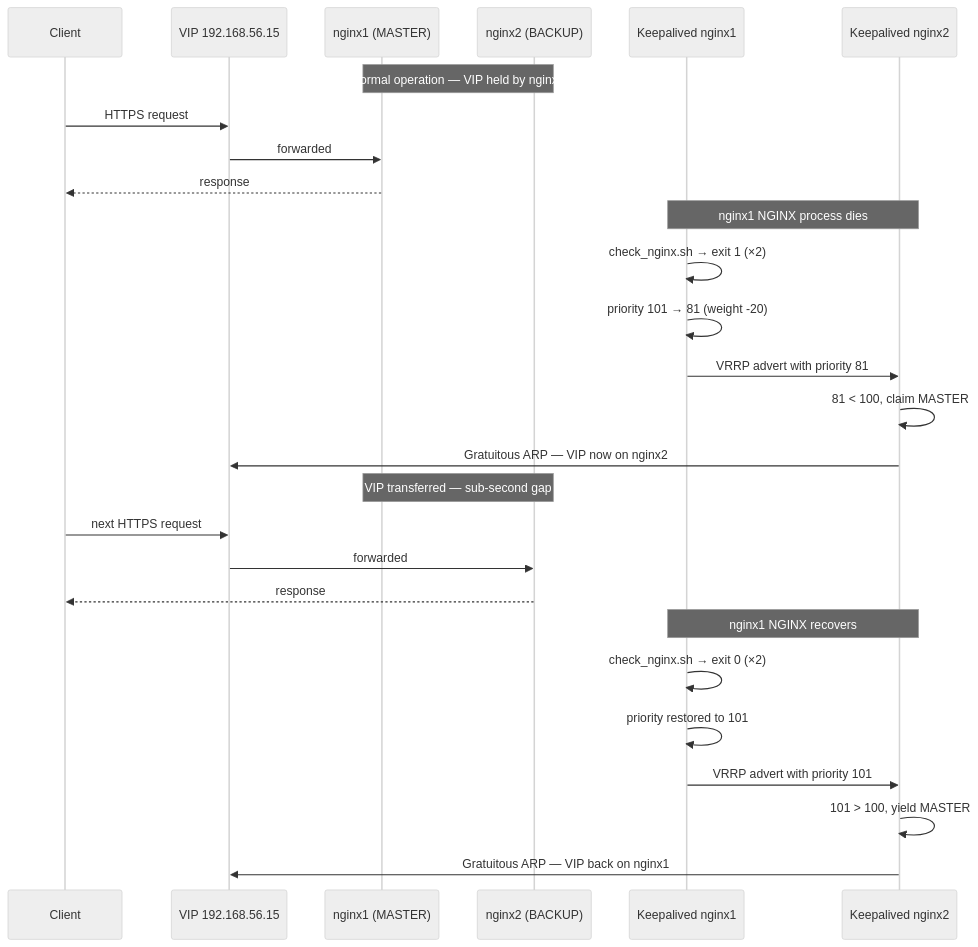
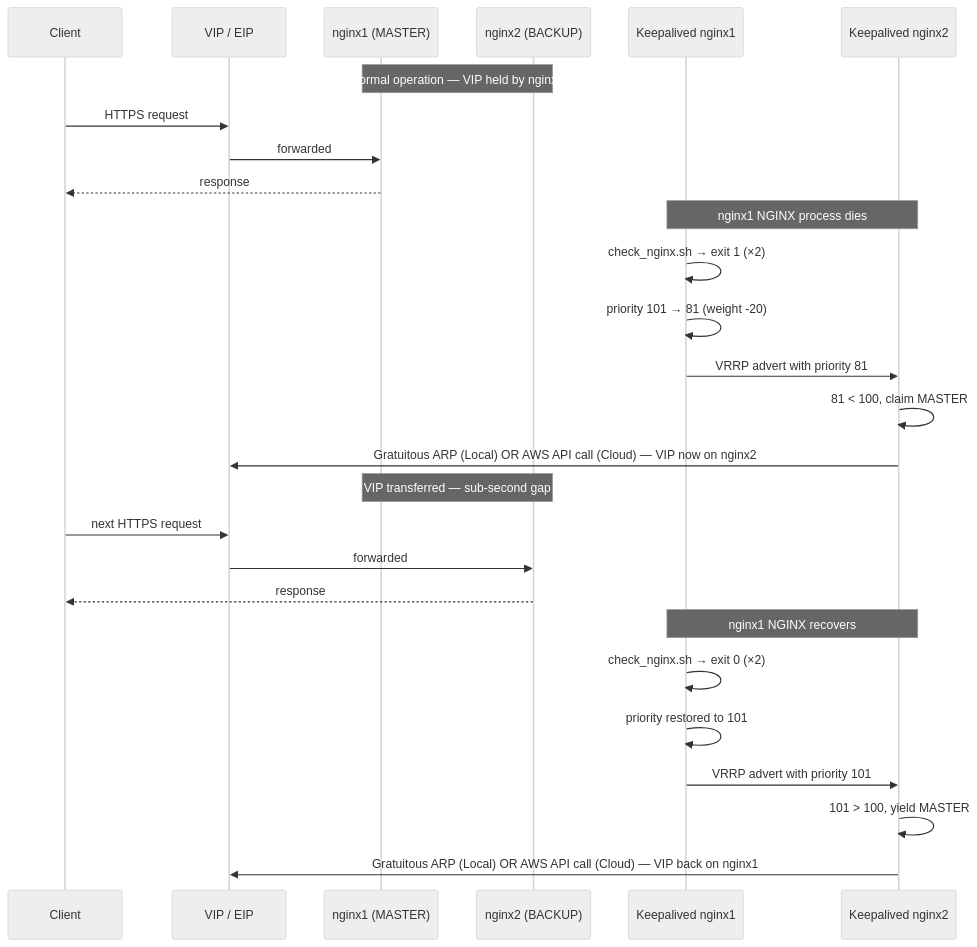
One commit to kofta999/nginx-ha changed the second of 4 diagrams in README.md. Above: the diagram before and after it, drawn with Mermaid (neutral theme). The commit also changed other lines of this file and 11 other files, not shown here.

````diff
--- a/README.md
+++ b/README.md
@@ -50,33 +93,33 @@
 ```mermaid
 sequenceDiagram
     participant C as Client
-    participant VIP as VIP 192.168.56.15
+    participant VIP as VIP / EIP
     participant N1 as nginx1 (MASTER)
     participant N2 as nginx2 (BACKUP)
     participant KA1 as Keepalived nginx1
     participant KA2 as Keepalived nginx2
 
     Note over N1,N2: Normal operation — VIP held by nginx1
     C->>VIP: HTTPS request
     VIP->>N1: forwarded
     N1-->>C: response
 
     Note over KA1,KA2: nginx1 NGINX process dies
     KA1->>KA1: check_nginx.sh → exit 1 (×2)
     KA1->>KA1: priority 101 → 81 (weight -20)
     KA1->>KA2: VRRP advert with priority 81
     KA2->>KA2: 81 < 100, claim MASTER
-    KA2->>VIP: Gratuitous ARP — VIP now on nginx2
+    KA2->>VIP: Gratuitous ARP (Local) OR AWS API call (Cloud) — VIP now on nginx2
 
     Note over N1,N2: VIP transferred — sub-second gap
     C->>VIP: next HTTPS request
     VIP->>N2: forwarded
     N2-->>C: response
 
     Note over KA1,KA2: nginx1 NGINX recovers
     KA1->>KA1: check_nginx.sh → exit 0 (×2)
     KA1->>KA1: priority restored to 101
     KA1->>KA2: VRRP advert with priority 101
     KA2->>KA2: 101 > 100, yield MASTER
-    KA2->>VIP: Gratuitous ARP — VIP back on nginx1
+    KA2->>VIP: Gratuitous ARP (Local) OR AWS API call (Cloud) — VIP back on nginx1
 ```
````
